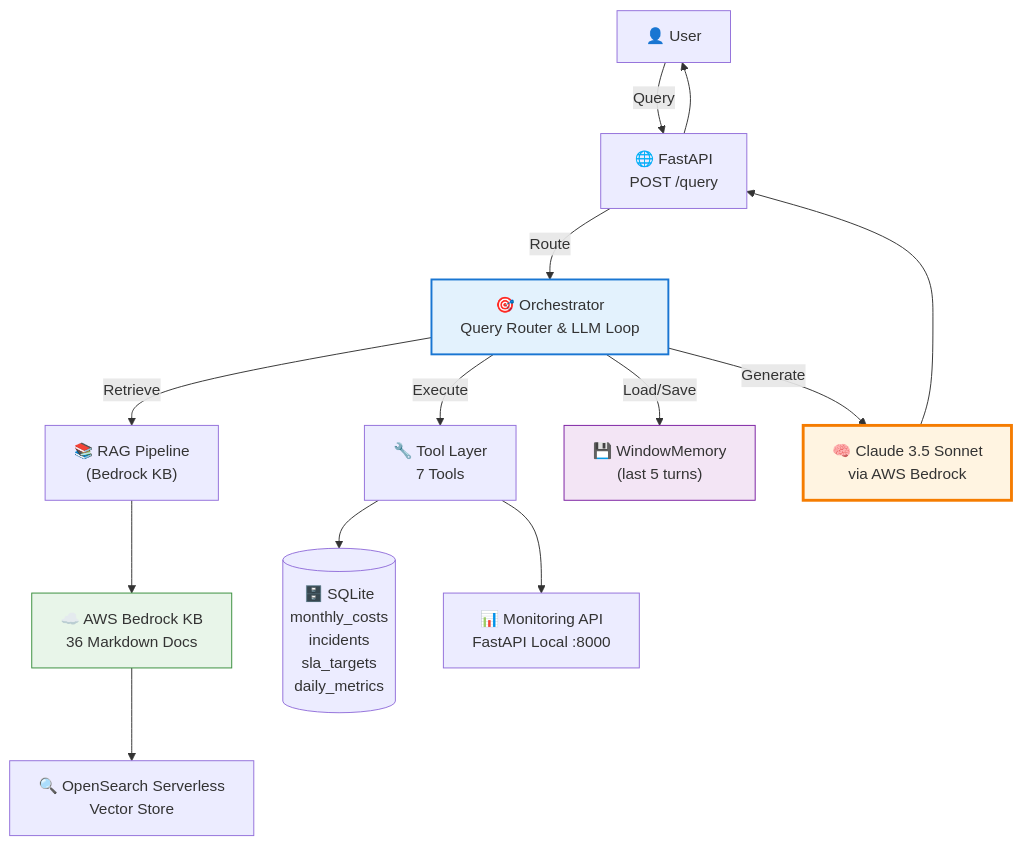
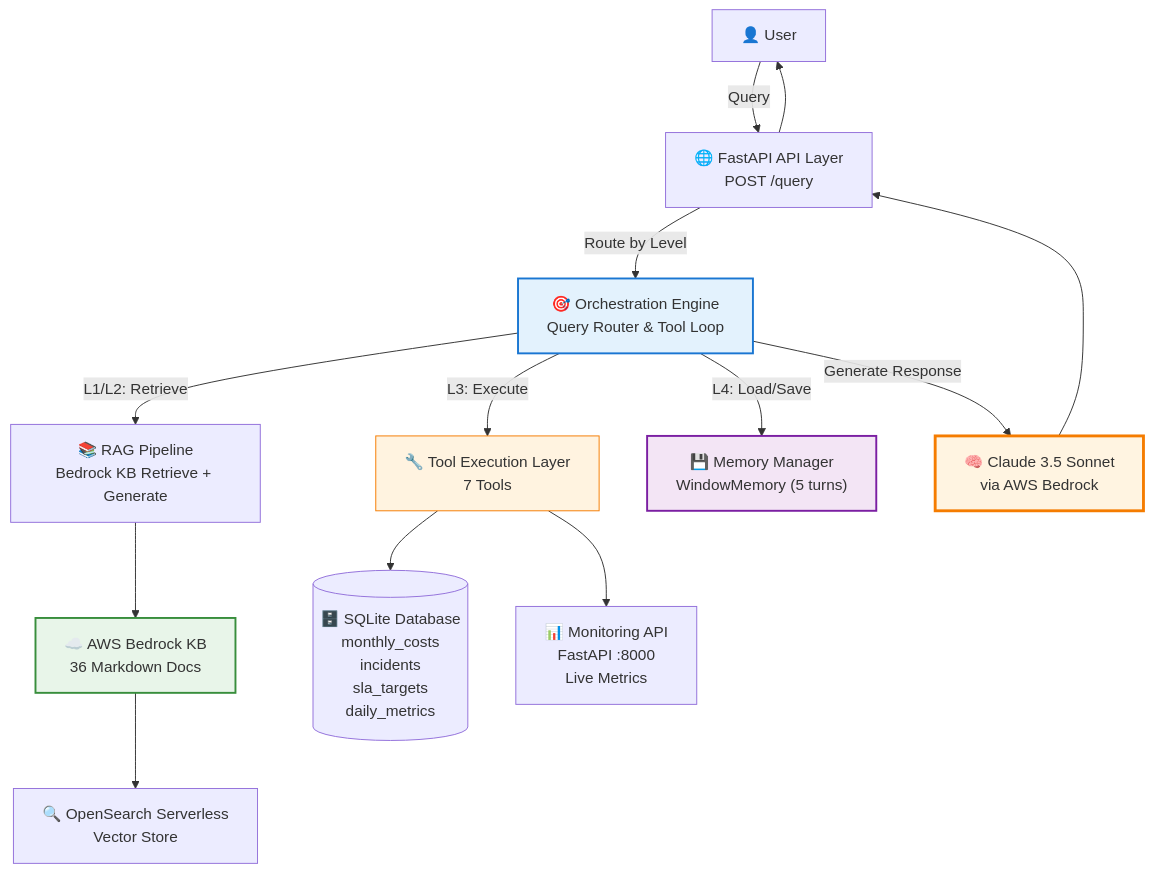
Before and after one commit to me-dangnhatminh/xbrain-dangnhatminh: the diagram in w4/docs/W4_evidence.md, drawn with Mermaid. The commit also changed other lines of this file, not shown here.

````diff
--- a/w4/docs/W4_evidence.md
+++ b/w4/docs/W4_evidence.md
@@ -23,24 +33,25 @@
 ```mermaid
 graph TB
-    User["👤 User"] -->|Query| API["🌐 FastAPI\nPOST /query"]
-    API -->|Route| Orchestrator["🎯 Orchestrator\nQuery Router & LLM Loop"]
+    User["👤 User"] -->|Query| API["🌐 FastAPI API Layer<br/>POST /query"]
+    API -->|Route by Level| Orchestrator["🎯 Orchestration Engine<br/>Query Router & Tool Loop"]
     
-    Orchestrator -->|Retrieve| RAG["📚 RAG Pipeline\n(Bedrock KB)"]
-    Orchestrator -->|Execute| Tools["🔧 Tool Layer\n7 Tools"]
-    Orchestrator -->|Load/Save| Memory["💾 WindowMemory\n(last 5 turns)"]
+    Orchestrator -->|L1/L2: Retrieve| RAG["📚 RAG Pipeline<br/>Bedrock KB Retrieve + Generate"]
+    Orchestrator -->|L3: Execute| Tools["🔧 Tool Execution Layer<br/>7 Tools"]
+    Orchestrator -->|L4: Load/Save| Memory["💾 Memory Manager<br/>WindowMemory (5 turns)"]
     
-    RAG --> BedrockKB["☁️ AWS Bedrock KB\n36 Markdown Docs"]
-    BedrockKB --> OpenSearch["🔍 OpenSearch Serverless\nVector Store"]
+    RAG --> BedrockKB["☁️ AWS Bedrock KB<br/>36 Markdown Docs"]
+    BedrockKB --> OpenSearch["🔍 OpenSearch Serverless<br/>Vector Store"]
     
-    Tools --> DB[("🗄️ SQLite\nmonthly_costs\nincidents\nsla_targets\ndaily_metrics")]
-    Tools --> MonAPI["📊 Monitoring API\nFastAPI Local :8000"]
+    Tools --> DB[("🗄️ SQLite Database<br/>monthly_costs<br/>incidents<br/>sla_targets<br/>daily_metrics")]
+    Tools --> MonAPI["📊 Monitoring API<br/>FastAPI :8000<br/>Live Metrics"]
     
-    Orchestrator -->|Generate| LLM["🧠 Claude 3.5 Sonnet\nvia AWS Bedrock"]
+    Orchestrator -->|Generate Response| LLM["🧠 Claude 3.5 Sonnet<br/>via AWS Bedrock"]
     LLM --> API
     API --> User
 
     style LLM fill:#fff4e1,stroke:#f57c00,stroke-width:3px
-    style BedrockKB fill:#e8f5e9,stroke:#388e3c
+    style BedrockKB fill:#e8f5e9,stroke:#388e3c,stroke-width:2px
     style Orchestrator fill:#e3f2fd,stroke:#1976d2,stroke-width:2px
-    style Memory fill:#f3e5f5,stroke:#7b1fa2
+    style Memory fill:#f3e5f5,stroke:#7b1fa2,stroke-width:2px
+    style Tools fill:#fff3e0,stroke:#f57c00
 ```
````
